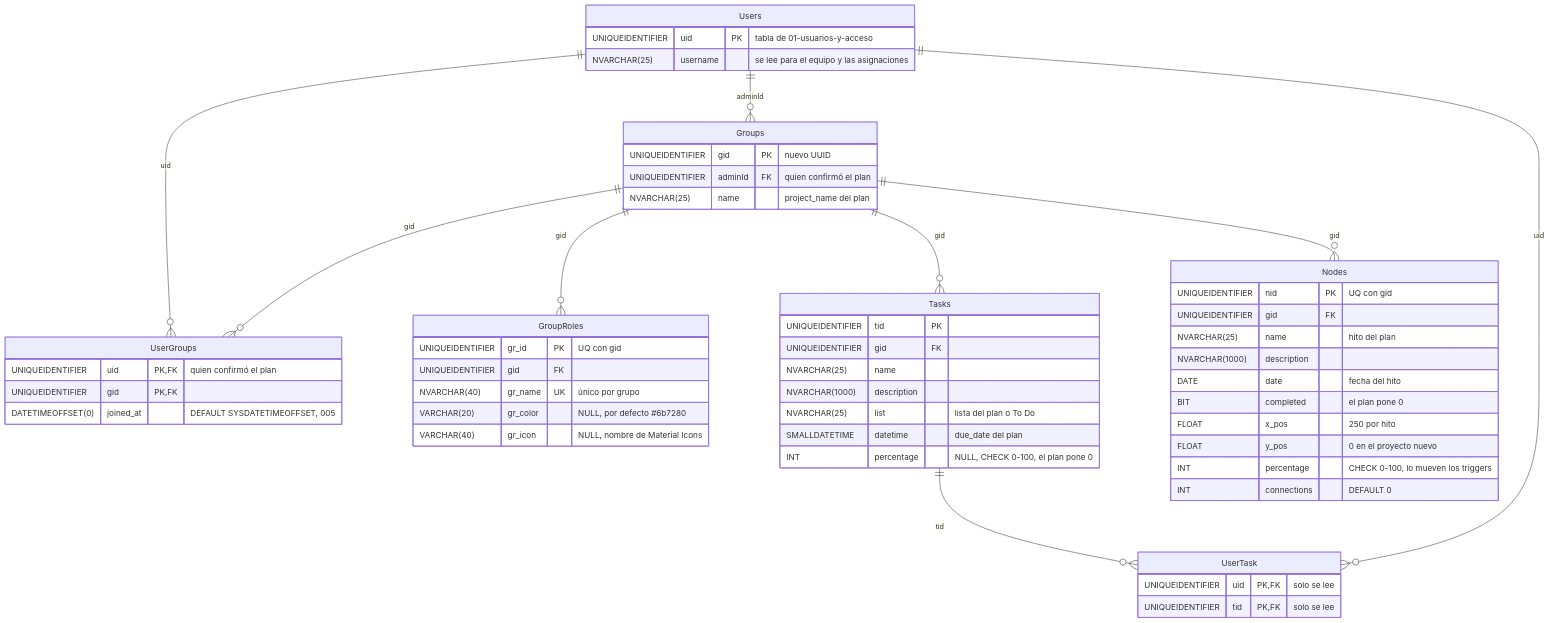
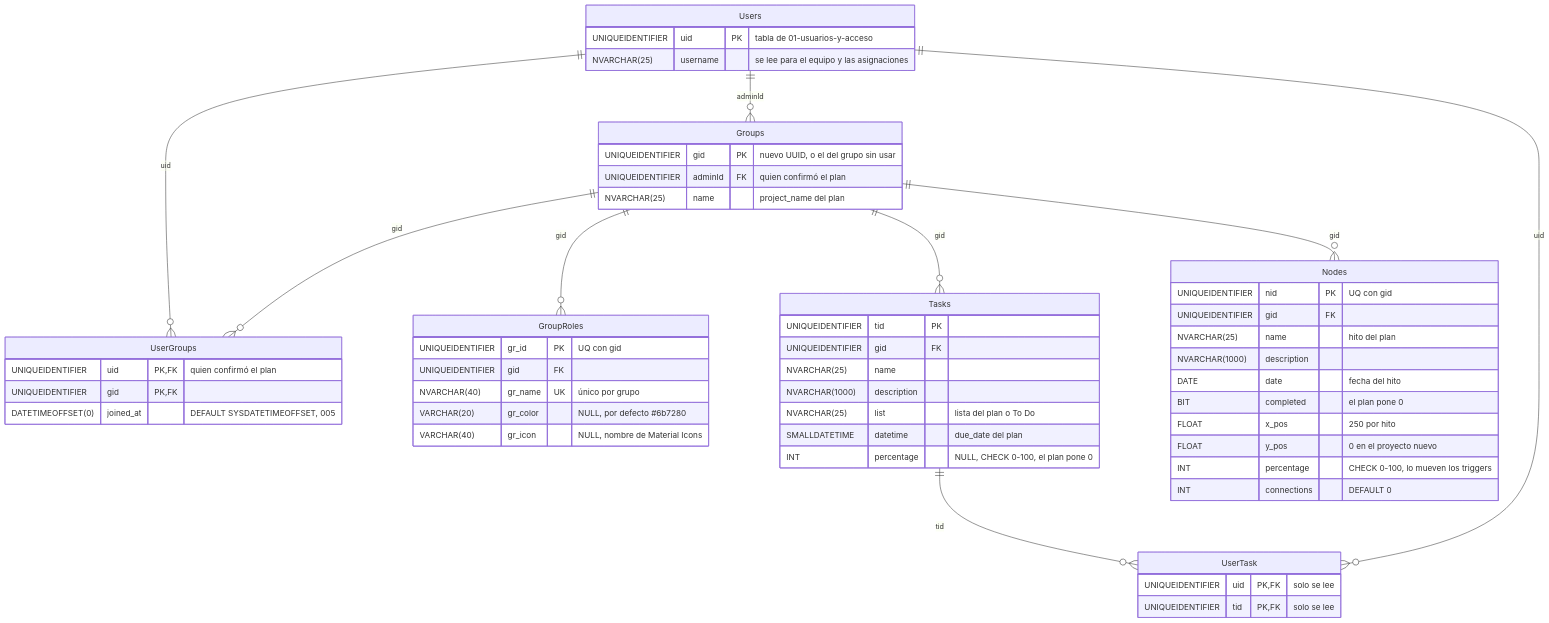
The diagram in documentacion/03-base-de-datos/05-chat-ia.md (PabloP150/proyecto-is-cc6), drawn with Mermaid before and after one commit. The commit also changed other lines of this file and 40 other files, not shown here.

````diff
--- a/documentacion/03-base-de-datos/05-chat-ia.md
+++ b/documentacion/03-base-de-datos/05-chat-ia.md
@@ -5,58 +5,58 @@
 ```mermaid
 erDiagram
     Users ||--o{ Groups : "adminId"
     Users ||--o{ UserGroups : "uid"
     Groups ||--o{ UserGroups : "gid"
     Groups ||--o{ GroupRoles : "gid"
     Groups ||--o{ Tasks : "gid"
     Groups ||--o{ Nodes : "gid"
     Tasks ||--o{ UserTask : "tid"
     Users ||--o{ UserTask : "uid"
 
     Users {
         UNIQUEIDENTIFIER uid PK "tabla de 01-usuarios-y-acceso"
         NVARCHAR(25) username "se lee para el equipo y las asignaciones"
     }
     Groups {
-        UNIQUEIDENTIFIER gid PK "nuevo UUID"
+        UNIQUEIDENTIFIER gid PK "nuevo UUID, o el del grupo sin usar"
         UNIQUEIDENTIFIER adminId FK "quien confirmó el plan"
         NVARCHAR(25) name "project_name del plan"
     }
     UserGroups {
         UNIQUEIDENTIFIER uid PK, FK "quien confirmó el plan"
         UNIQUEIDENTIFIER gid PK, FK
         DATETIMEOFFSET(0) joined_at "DEFAULT SYSDATETIMEOFFSET, 005"
     }
     GroupRoles {
         UNIQUEIDENTIFIER gr_id PK "UQ con gid"
         UNIQUEIDENTIFIER gid FK
         NVARCHAR(40) gr_name UK "único por grupo"
         VARCHAR(20) gr_color "NULL, por defecto #6b7280"
         VARCHAR(40) gr_icon "NULL, nombre de Material Icons"
     }
     Tasks {
         UNIQUEIDENTIFIER tid PK
         UNIQUEIDENTIFIER gid FK
         NVARCHAR(25) name
         NVARCHAR(1000) description
         NVARCHAR(25) list "lista del plan o To Do"
         SMALLDATETIME datetime "due_date del plan"
         INT percentage "NULL, CHECK 0-100, el plan pone 0"
     }
     UserTask {
         UNIQUEIDENTIFIER uid PK, FK "solo se lee"
         UNIQUEIDENTIFIER tid PK, FK "solo se lee"
     }
     Nodes {
         UNIQUEIDENTIFIER nid PK "UQ con gid"
         UNIQUEIDENTIFIER gid FK
         NVARCHAR(25) name "hito del plan"
         NVARCHAR(1000) description
         DATE date "fecha del hito"
         BIT completed "el plan pone 0"
         FLOAT x_pos "250 por hito"
         FLOAT y_pos "0 en el proyecto nuevo"
         INT percentage "CHECK 0-100, lo mueven los triggers"
         INT connections "DEFAULT 0"
     }
 ```
````
